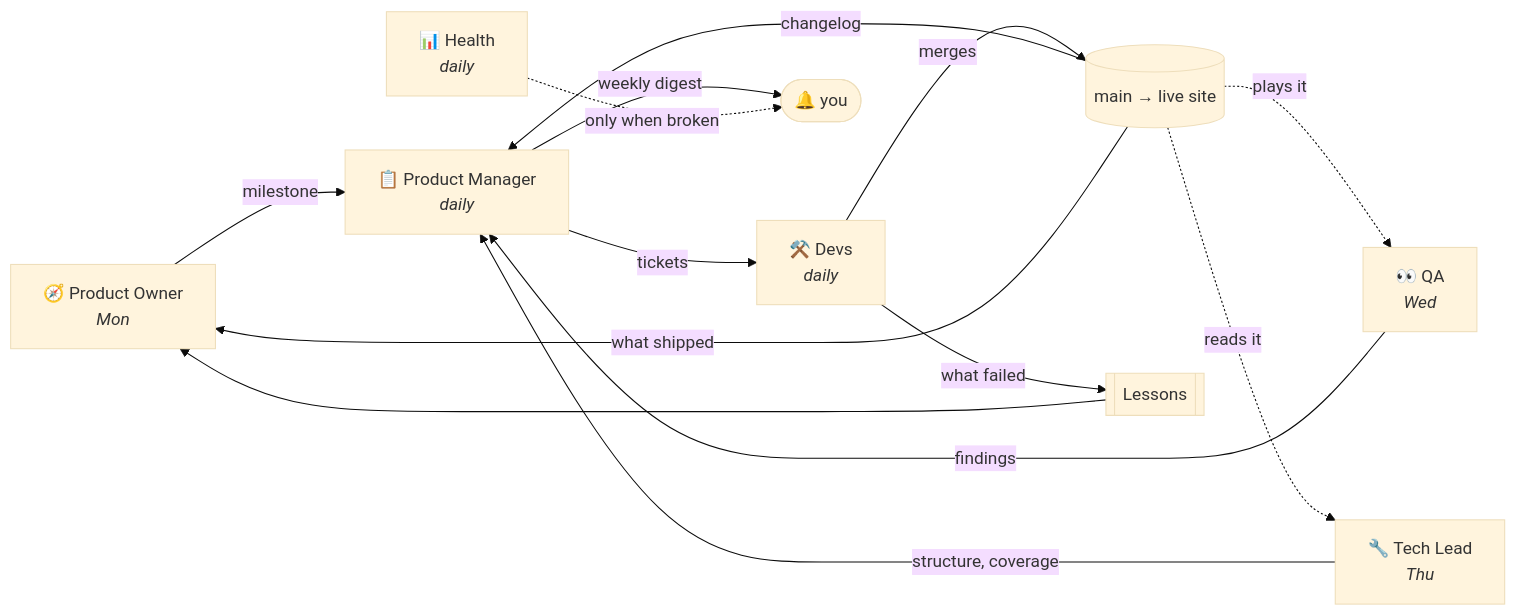
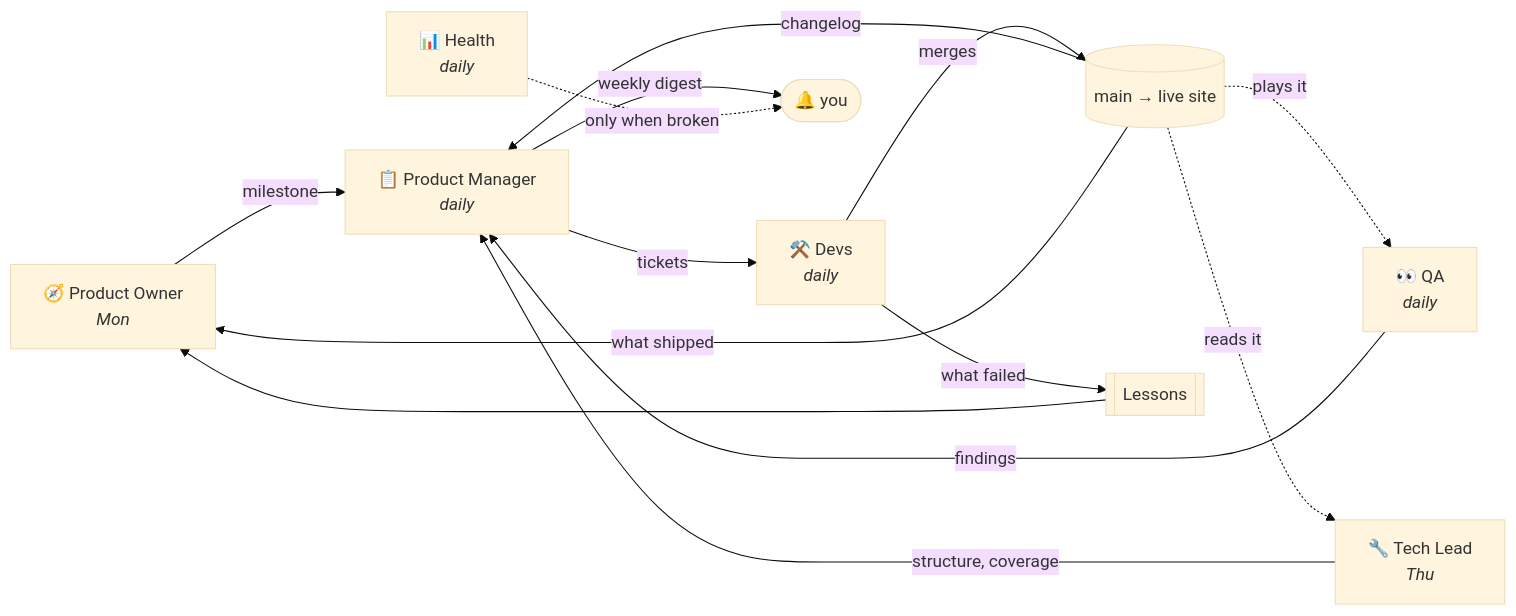
Before and after one commit to DavidCorrea/selfgrow: the first of 3 diagrams in README.md, drawn with Mermaid (base theme). The commit also changed other lines of this file and 14 other files, not shown here.

````diff
--- a/README.md
+++ b/README.md
@@ -15,19 +15,19 @@
 ```mermaid
 flowchart LR
     PO["🧭 Product Owner<br/><i>Mon</i>"] -->|milestone| PM["📋 Product Manager<br/><i>daily</i>"]
     PM -->|tickets| DEV["⚒️ Devs<br/><i>daily</i>"]
     DEV -->|merges| MAIN[("main → live site")]
     MAIN -->|changelog| PM
 
     TL["🔧 Tech Lead<br/><i>Thu</i>"] -->|structure, coverage| PM
-    QA["👀 QA<br/><i>Wed</i>"] -->|findings| PM
+    QA["👀 QA<br/><i>daily</i>"] -->|findings| PM
     MAIN -.->|plays it| QA
     MAIN -.->|reads it| TL
 
     DEV -->|what failed| LESSONS[["Lessons"]]
     LESSONS --> PO
     MAIN -->|what shipped| PO
 
     PM -->|weekly digest| YOU(["🔔 you"])
     HEALTH["📊 Health<br/><i>daily</i>"] -.->|only when broken| YOU
 ```
````
